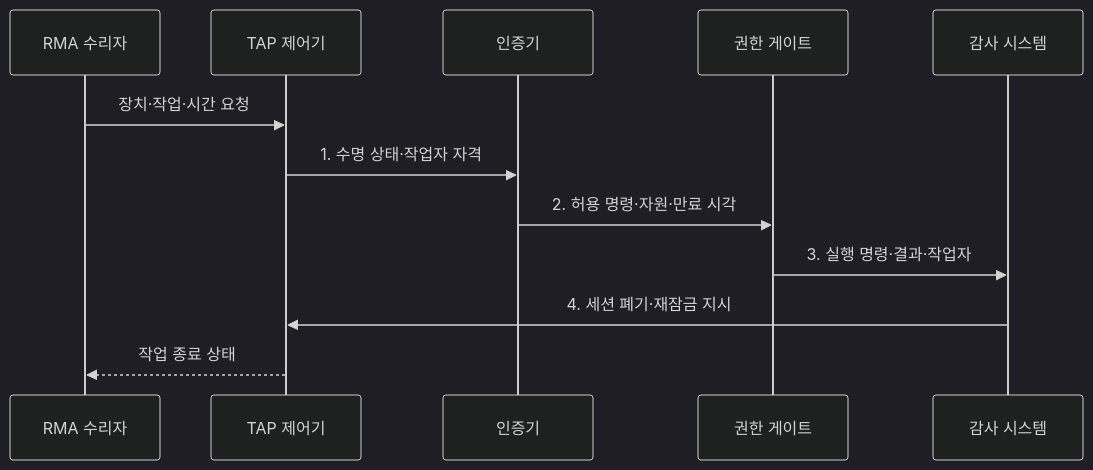
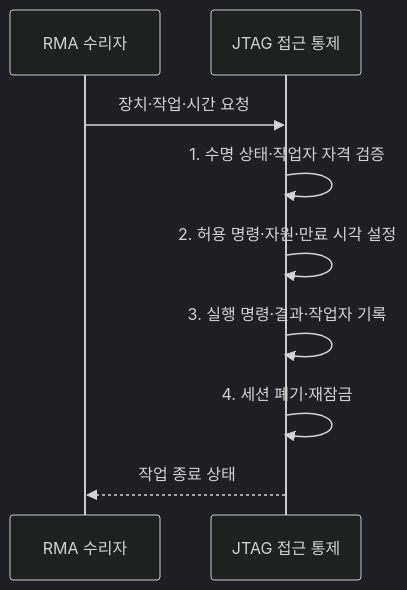
The second of 2 diagrams in src/content/docs/notes/05-security/131_jtag_security.md (agnusdei1207/knowledge-base), drawn with Mermaid (dark theme) before and after one commit. The commit also changed other lines of this file and 4 other files, not shown here.

Commit message:
Focus vulnerability and device sequences

````diff
--- a/src/content/docs/notes/05-security/131_jtag_security.md
+++ b/src/content/docs/notes/05-security/131_jtag_security.md
@@ -97,14 +97,11 @@
 ```mermaid
 sequenceDiagram
   participant R as RMA 수리자
-  participant T as TAP 제어기
-  participant A as 인증기
-  participant G as 권한 게이트
-  participant L as 감사 시스템
-  R->>T: 장치·작업·시간 요청
-  T->>A: 1. 수명 상태·작업자 자격
-  A->>G: 2. 허용 명령·자원·만료 시각
-  G->>L: 3. 실행 명령·결과·작업자
-  L->>T: 4. 세션 폐기·재잠금 지시
-  T-->>R: 작업 종료 상태
+  participant J as JTAG 접근 통제
+  R->>J: 장치·작업·시간 요청
+  J->>J: 1. 수명 상태·작업자 자격 검증
+  J->>J: 2. 허용 명령·자원·만료 시각 설정
+  J->>J: 3. 실행 명령·결과·작업자 기록
+  J->>J: 4. 세션 폐기·재잠금
+  J-->>R: 작업 종료 상태
 ```
````
